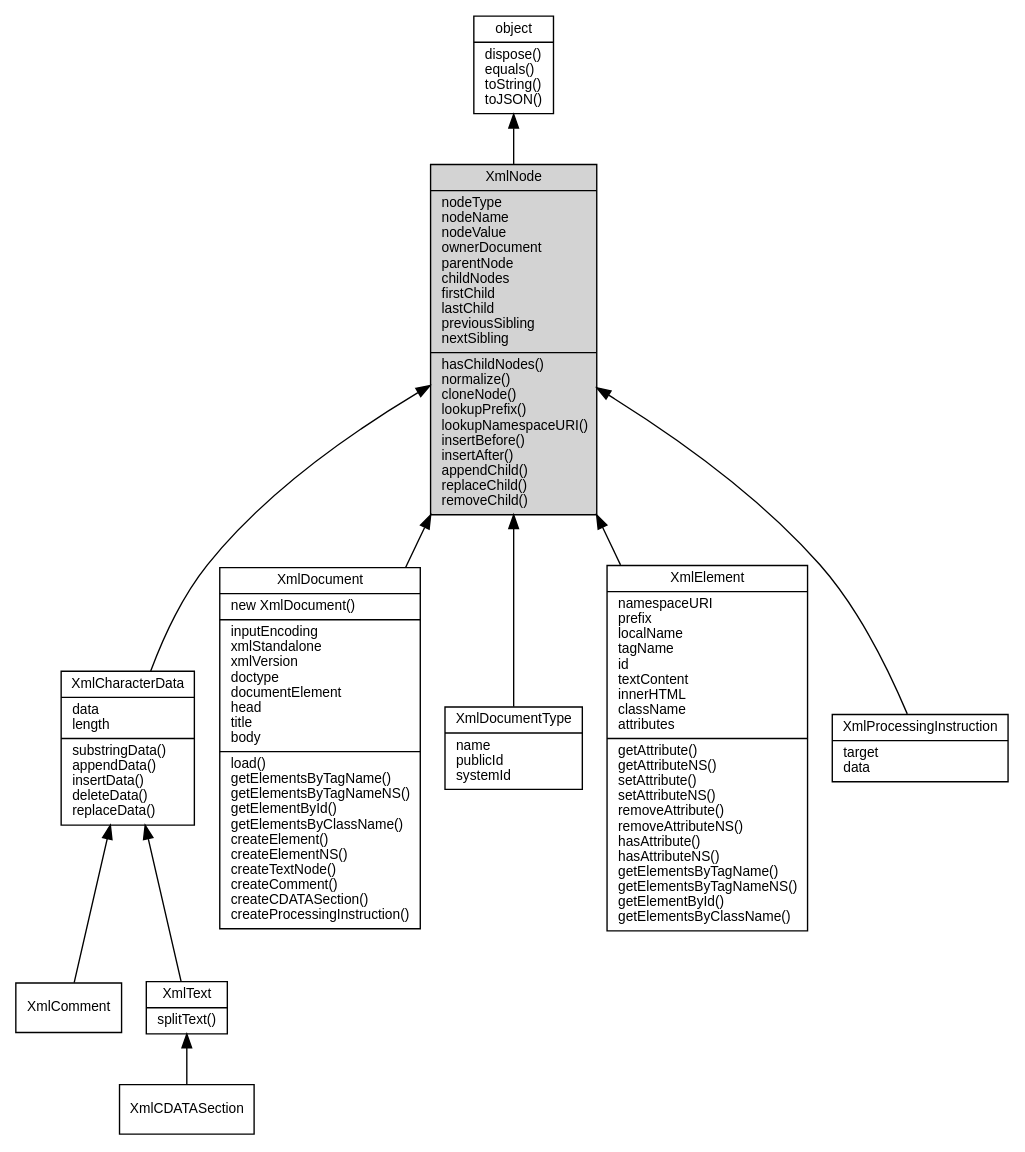
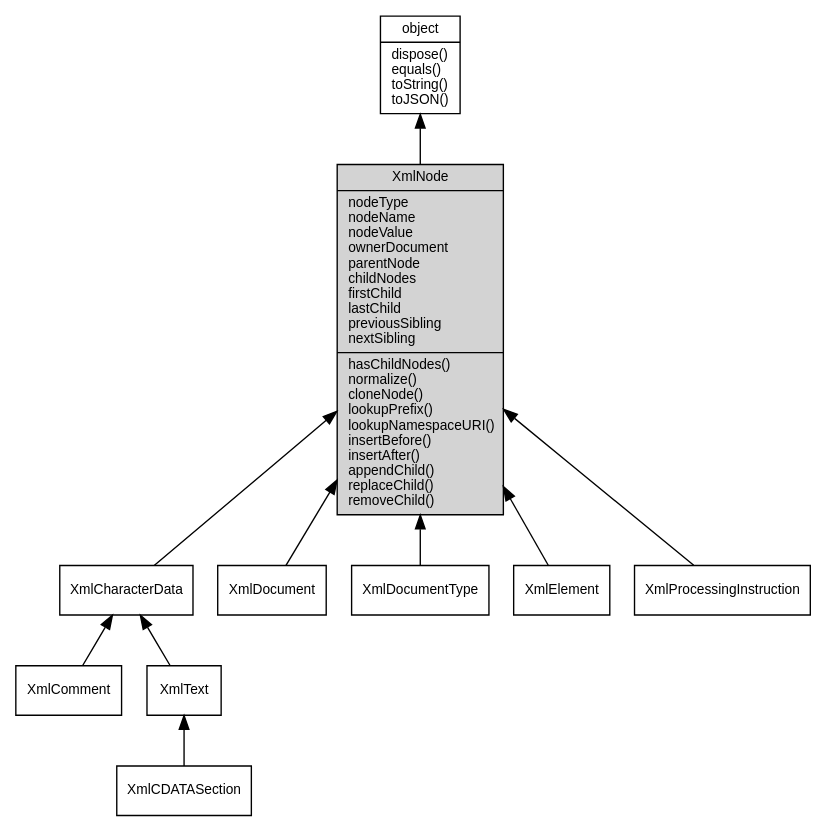
One commit to fibjs/fibjs.org changed the diagram in docs/manual/object/ifs/XmlNode.md. Above: the diagram before and after it, drawn with Graphviz. The commit also changed 289 other files, not shown here.

````diff
--- a/docs/manual/object/ifs/XmlNode.md
+++ b/docs/manual/object/ifs/XmlNode.md
@@ -5,26 +5,26 @@
 ```dot
 digraph {
     node [fontname="Helvetica,sans-Serif", fontsize=10, shape="record", style="filled", fillcolor="white"];
 
     object [tooltip="object", URL="object.md", label="{object|dispose()\lequals()\ltoString()\ltoJSON()\l}"];
-    XmlNode [tooltip="XmlNode", fillcolor="lightgray", label="{XmlNode|nodeType\lnodeName\lnodeValue\lownerDocument\lparentNode\lchildNodes\lfirstChild\llastChild\lpreviousSibling\lnextSibling\l|hasChildNodes()\lnormalize()\lcloneNode()\llookupPrefix()\llookupNamespaceURI()\linsertBefore()\linsertAfter()\lappendChild()\lreplaceChild()\lremoveChild()\l}"];
-    XmlCharacterData [tooltip="XmlCharacterData", URL="XmlCharacterData.md", label="{XmlCharacterData|data\llength\l|substringData()\lappendData()\linsertData()\ldeleteData()\lreplaceData()\l}"];
+    XmlNode [tooltip="XmlNode", fillcolor="lightgray", id="me", label="{XmlNode|nodeType\lnodeName\lnodeValue\lownerDocument\lparentNode\lchildNodes\lfirstChild\llastChild\lpreviousSibling\lnextSibling\l|hasChildNodes()\lnormalize()\lcloneNode()\llookupPrefix()\llookupNamespaceURI()\linsertBefore()\linsertAfter()\lappendChild()\lreplaceChild()\lremoveChild()\l}"];
+    XmlCharacterData [tooltip="XmlCharacterData", URL="XmlCharacterData.md", label="{XmlCharacterData}"];
     XmlComment [tooltip="XmlComment", URL="XmlComment.md", label="{XmlComment}"];
-    XmlText [tooltip="XmlText", URL="XmlText.md", label="{XmlText|splitText()\l}"];
+    XmlText [tooltip="XmlText", URL="XmlText.md", label="{XmlText}"];
     XmlCDATASection [tooltip="XmlCDATASection", URL="XmlCDATASection.md", label="{XmlCDATASection}"];
-    XmlDocument [tooltip="XmlDocument", URL="XmlDocument.md", label="{XmlDocument|new XmlDocument()\l|inputEncoding\lxmlStandalone\lxmlVersion\ldoctype\ldocumentElement\lhead\ltitle\lbody\l|load()\lgetElementsByTagName()\lgetElementsByTagNameNS()\lgetElementById()\lgetElementsByClassName()\lcreateElement()\lcreateElementNS()\lcreateTextNode()\lcreateComment()\lcreateCDATASection()\lcreateProcessingInstruction()\l}"];
-    XmlDocumentType [tooltip="XmlDocumentType", URL="XmlDocumentType.md", label="{XmlDocumentType|name\lpublicId\lsystemId\l}"];
-    XmlElement [tooltip="XmlElement", URL="XmlElement.md", label="{XmlElement|namespaceURI\lprefix\llocalName\ltagName\lid\ltextContent\linnerHTML\lclassName\lattributes\l|getAttribute()\lgetAttributeNS()\lsetAttribute()\lsetAttributeNS()\lremoveAttribute()\lremoveAttributeNS()\lhasAttribute()\lhasAttributeNS()\lgetElementsByTagName()\lgetElementsByTagNameNS()\lgetElementById()\lgetElementsByClassName()\l}"];
-    XmlProcessingInstruction [tooltip="XmlProcessingInstruction", URL="XmlProcessingInstruction.md", label="{XmlProcessingInstruction|target\ldata\l}"];
+    XmlDocument [tooltip="XmlDocument", URL="XmlDocument.md", label="{XmlDocument}"];
+    XmlDocumentType [tooltip="XmlDocumentType", URL="XmlDocumentType.md", label="{XmlDocumentType}"];
+    XmlElement [tooltip="XmlElement", URL="XmlElement.md", label="{XmlElement}"];
+    XmlProcessingInstruction [tooltip="XmlProcessingInstruction", URL="XmlProcessingInstruction.md", label="{XmlProcessingInstruction}"];
 
     object -> XmlNode [dir=back];
     XmlNode -> XmlCharacterData [dir=back];
     XmlCharacterData -> XmlComment [dir=back];
     XmlCharacterData -> XmlText [dir=back];
     XmlText -> XmlCDATASection [dir=back];
     XmlNode -> XmlDocument [dir=back];
     XmlNode -> XmlDocumentType [dir=back];
     XmlNode -> XmlElement [dir=back];
     XmlNode -> XmlProcessingInstruction [dir=back];
 }
 ```
````
